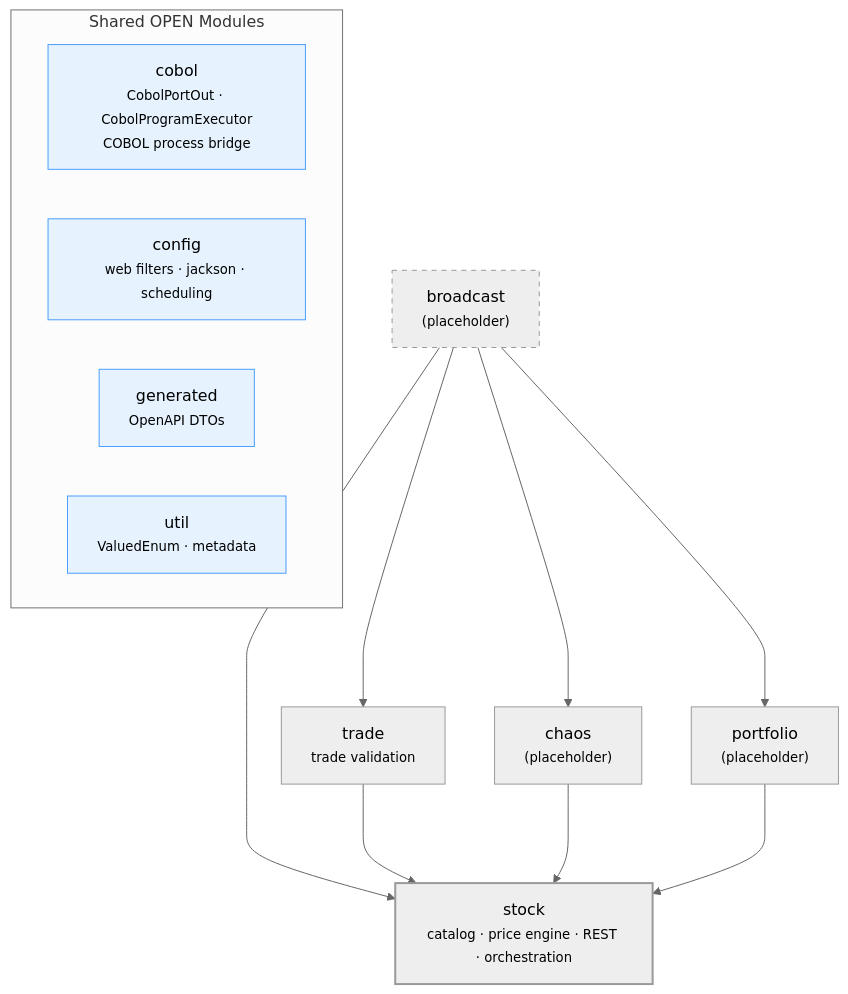
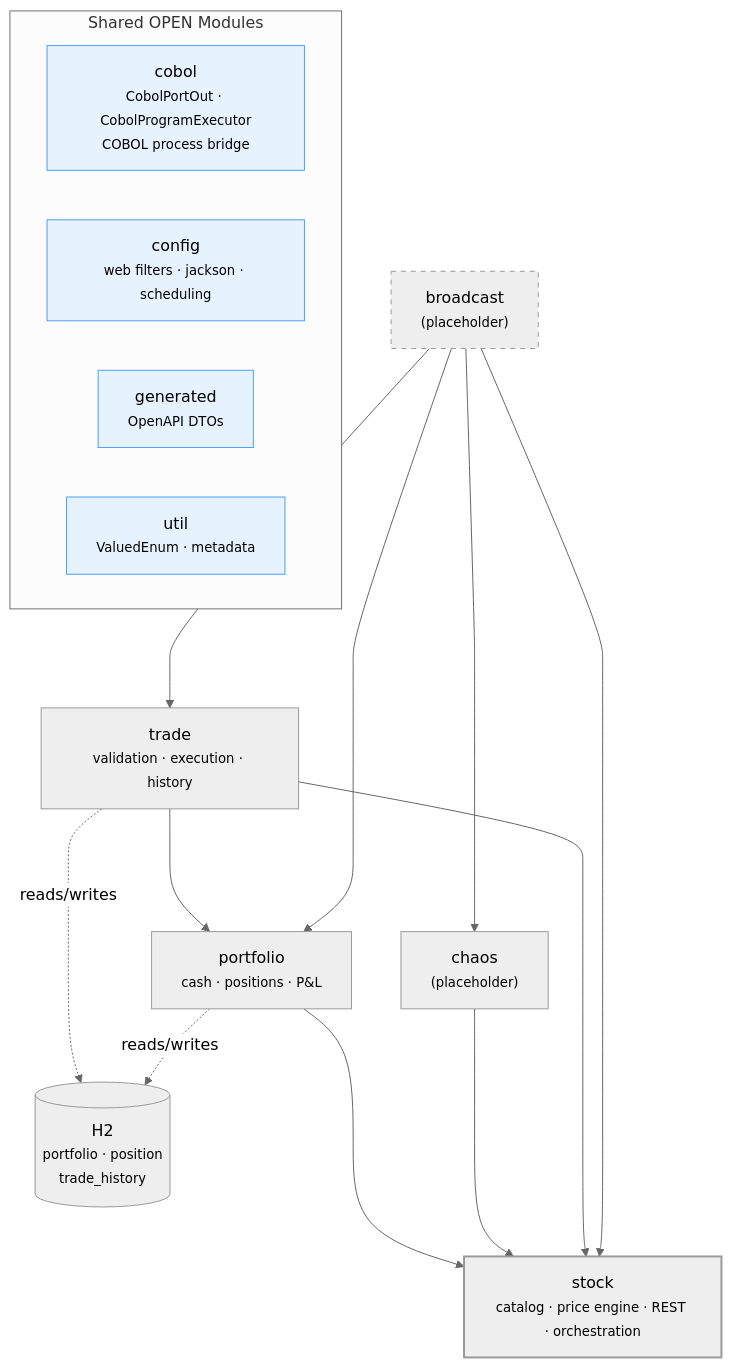
The first of 11 diagrams in stonks_java/README.md (franBec/stonks-simulator), drawn with Mermaid (neutral theme) before and after one commit. The commit also changed other lines of this file and 7 other files, not shown here.

````diff
--- a/stonks_java/README.md
+++ b/stonks_java/README.md
@@ -9,31 +9,36 @@
 ```mermaid
 graph TB
     broadcast["broadcast<br/><small>(placeholder)</small>"]
     stock["stock<br/><small>catalog · price engine · REST · orchestration</small>"]
-    trade["trade<br/><small>trade validation</small>"]
+    trade["trade<br/><small>validation · execution · history</small>"]
     chaos["chaos<br/><small>(placeholder)</small>"]
-    portfolio["portfolio<br/><small>(placeholder)</small>"]
+    portfolio["portfolio<br/><small>cash · positions · P&L</small>"]
+    db[("H2<br/><small>portfolio · position<br/>trade_history</small>")]
 
     subgraph OPEN ["Shared OPEN Modules"]
         cobol["cobol<br/><small>CobolPortOut · CobolProgramExecutor<br/>COBOL process bridge</small>"]
         config["config<br/><small>web filters · jackson · scheduling</small>"]
         generated["generated<br/><small>OpenAPI DTOs</small>"]
         util["util<br/><small>ValuedEnum · metadata</small>"]
     end
 
     broadcast ---> stock
     broadcast ---> trade
     broadcast ---> chaos
     broadcast ---> portfolio
 
     trade ---> stock
+    trade ---> portfolio
     chaos ---> stock
     portfolio ---> stock
+
+    portfolio -.->|reads/writes| db
+    trade -.->|reads/writes| db
 
     style stock stroke-width:2px
     style broadcast stroke-dasharray: 5 5
     style cobol fill:#e6f3ff,stroke:#4a9eff
     style config fill:#e6f3ff,stroke:#4a9eff
     style generated fill:#e6f3ff,stroke:#4a9eff
     style util fill:#e6f3ff,stroke:#4a9eff
 ```
````
